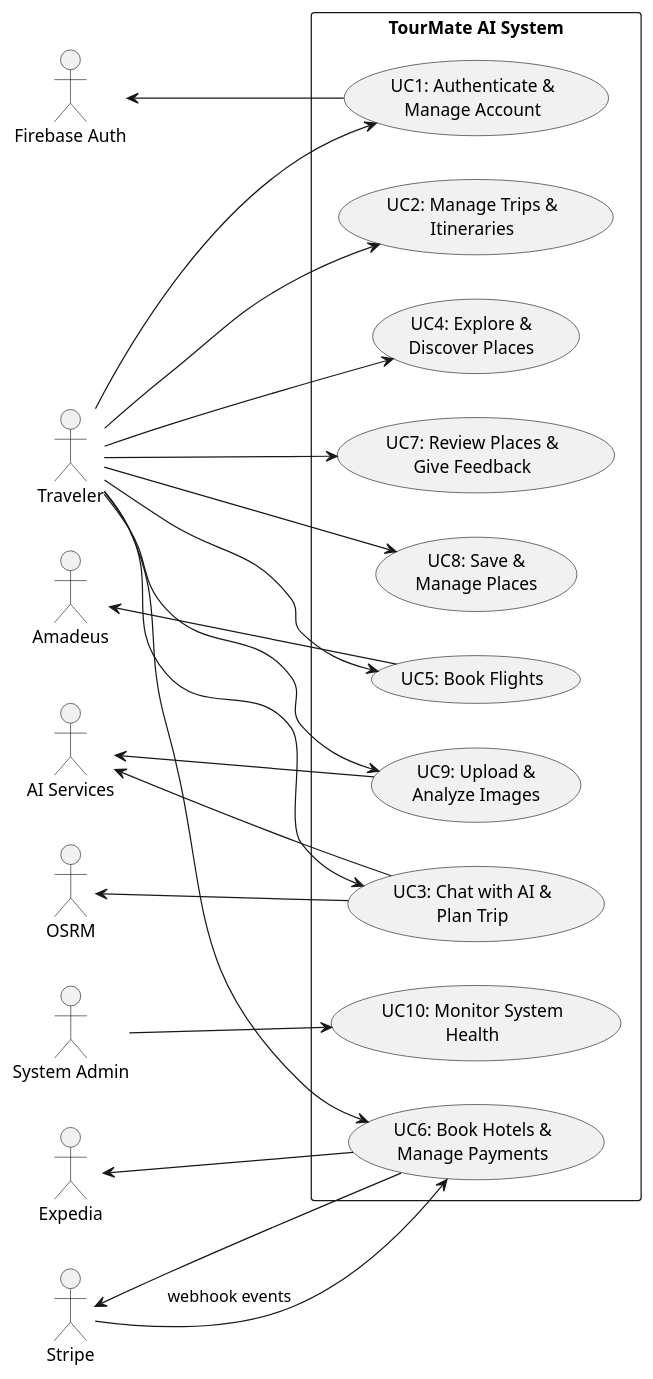
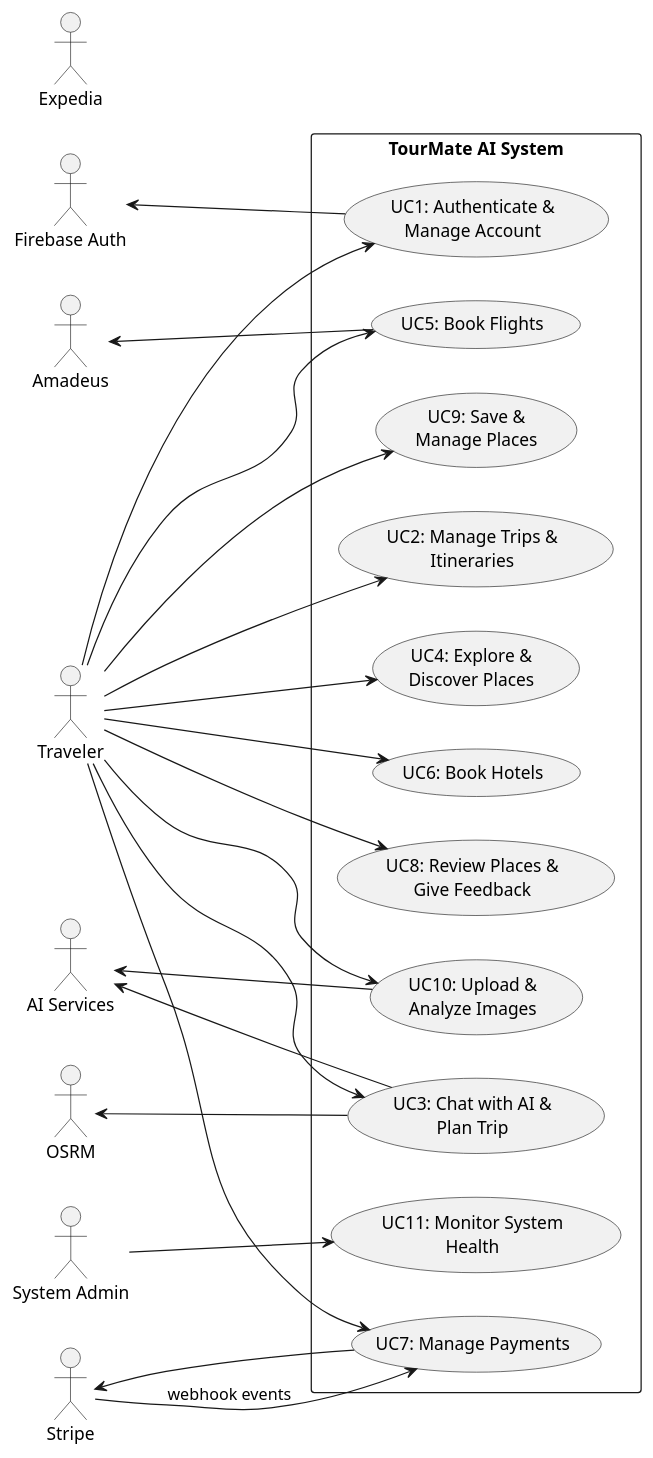
Before and after one commit to AbdelrahmanMostafa33/TourMate-AI: the diagram in backend/docs/use_case_diagram.puml, drawn with PlantUML. The commit also changed 12 other files, not shown here.

First line of the commit message:
docs: separate real and simulated services in architecture docs

```diff
--- a/backend/docs/use_case_diagram.puml
+++ b/backend/docs/use_case_diagram.puml
@@ -1,59 +1,60 @@
 @startuml TourMate_AI_High_Level
 left to right direction
 skinparam packageStyle rectangle
 
 ' ═══════ ACTORS ═══════
 
 actor "Traveler" as Traveler
 actor "System Admin" as Admin
 actor "Stripe" as Stripe
 actor "Firebase Auth" as Firebase
 actor "Amadeus" as Amadeus
 actor "Expedia" as Expedia
 actor "OSRM" as OSRM
 actor "AI Services" as AI
 
 ' ═══════ HIGH-LEVEL USECASES ═══════
 
 rectangle "TourMate AI System" {
 
-  usecase "UC1: Authenticate &\nManage Account" as UC1
-  usecase "UC2: Manage Trips &\nItineraries" as UC2
-  usecase "UC3: Chat with AI &\nPlan Trip" as UC3
-  usecase "UC4: Explore &\nDiscover Places" as UC4
+  usecase "UC1: Authenticate &\\nManage Account" as UC1
+  usecase "UC2: Manage Trips &\\nItineraries" as UC2
+  usecase "UC3: Chat with AI &\\nPlan Trip" as UC3
+  usecase "UC4: Explore &\\nDiscover Places" as UC4
   usecase "UC5: Book Flights" as UC5
-  usecase "UC6: Book Hotels &\nManage Payments" as UC6
-  usecase "UC7: Review Places &\nGive Feedback" as UC7
-  usecase "UC8: Save &\nManage Places" as UC8
-  usecase "UC9: Upload &\nAnalyze Images" as UC9
-  usecase "UC10: Monitor System\nHealth" as UC10
+  usecase "UC6: Book Hotels" as UC6
+  usecase "UC7: Manage Payments" as UC7
+  usecase "UC8: Review Places &\\nGive Feedback" as UC8
+  usecase "UC9: Save &\\nManage Places" as UC9
+  usecase "UC10: Upload &\\nAnalyze Images" as UC10
+  usecase "UC11: Monitor System\\nHealth" as UC11
 
 }
 
 ' ═══════ TRAVELER ═══════
 Traveler --> UC1
 Traveler --> UC2
 Traveler --> UC3
 Traveler --> UC4
 Traveler --> UC5
 Traveler --> UC6
 Traveler --> UC7
 Traveler --> UC8
 Traveler --> UC9
+Traveler --> UC10
 
 ' ═══════ ADMIN ═══════
-Admin --> UC10
+Admin --> UC11
 
 ' ═══════ EXTERNAL SYSTEMS ═══════
 Firebase <-- UC1
 AI <-- UC3
 Amadeus <-- UC5
-Stripe <-- UC6
-Expedia <-- UC6
+Stripe <-- UC7
 OSRM <-- UC3
-AI <-- UC9
+AI <-- UC10
 
 ' ═══════ WEBHOOK ═══════
-Stripe --> UC6 : webhook events
+Stripe --> UC7 : webhook events
 
 @enduml
```
